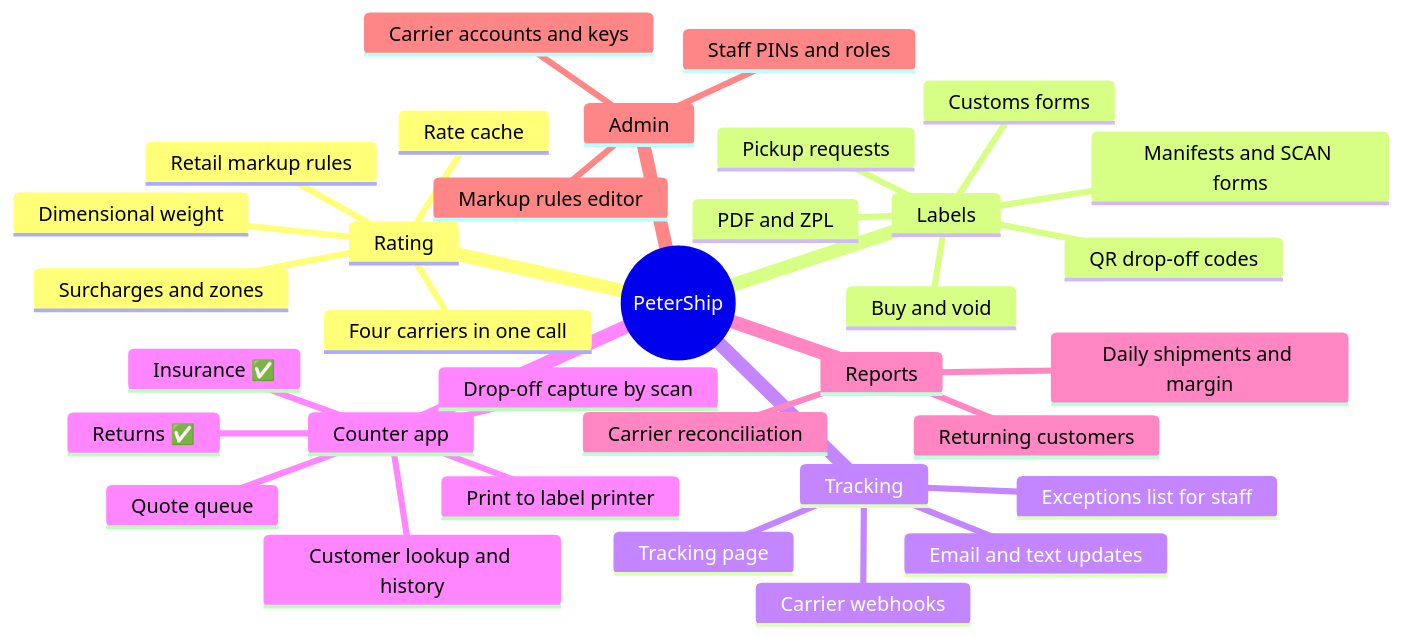
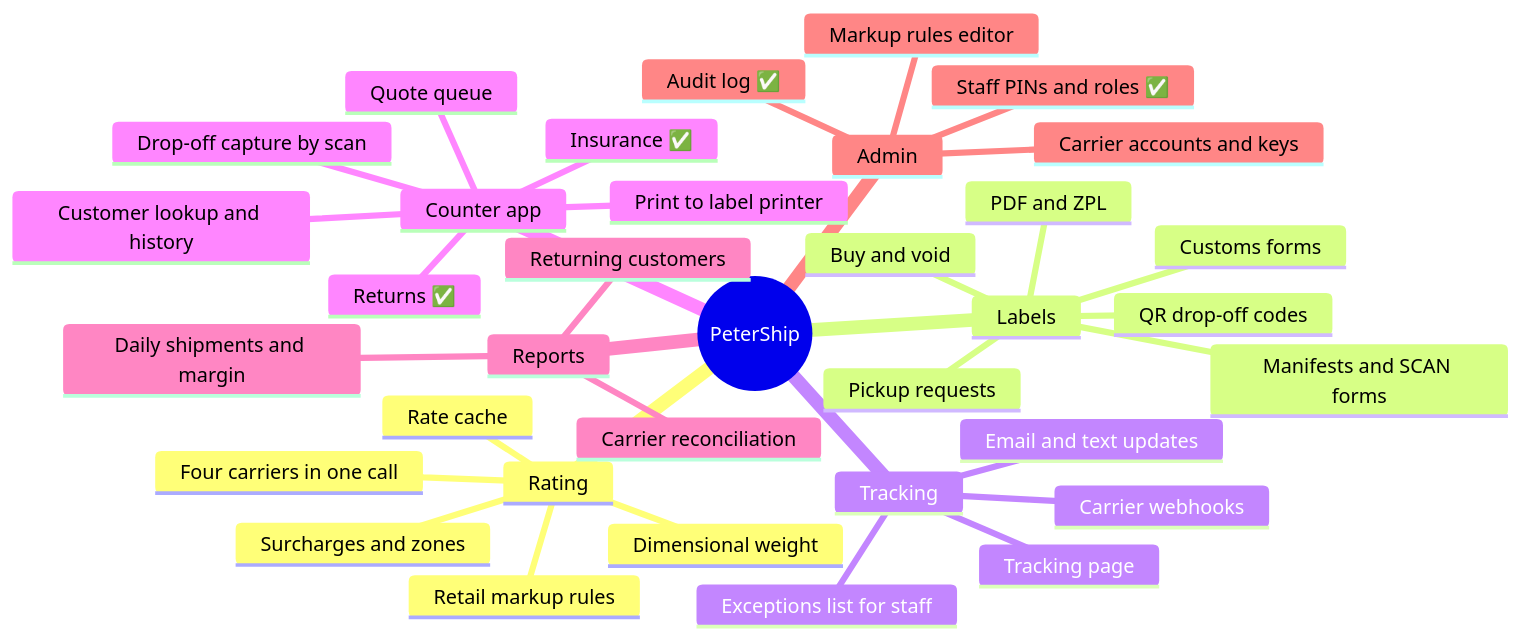
Before and after one commit to wbp318/goin-postal-forsythe: the fifth of 8 diagrams in shipping-client/README.md, drawn with Mermaid. The commit also changed other lines of this file and 31 other files, not shown here.

First line of the commit message:
PeterShip: personal staff PINs with roles, owner staff page, audit log (N9)

````diff
--- a/shipping-client/README.md
+++ b/shipping-client/README.md
@@ -433,37 +441,38 @@
 ```mermaid
 mindmap
   root((PeterShip))
     Rating
       Four carriers in one call
       Dimensional weight
       Surcharges and zones
       Retail markup rules
       Rate cache
     Labels
       Buy and void
       PDF and ZPL
       QR drop-off codes
       Customs forms
       Manifests and SCAN forms
       Pickup requests
     Tracking
       Carrier webhooks
       Tracking page
       Email and text updates
       Exceptions list for staff
     Counter app
       Quote queue
       Drop-off capture by scan
       Customer lookup and history
       Returns ✅
       Insurance ✅
       Print to label printer
     Reports
       Daily shipments and margin
       Carrier reconciliation
       Returning customers
     Admin
       Carrier accounts and keys
       Markup rules editor
-      Staff PINs and roles
+      Staff PINs and roles ✅
+      Audit log ✅
 ```
````
